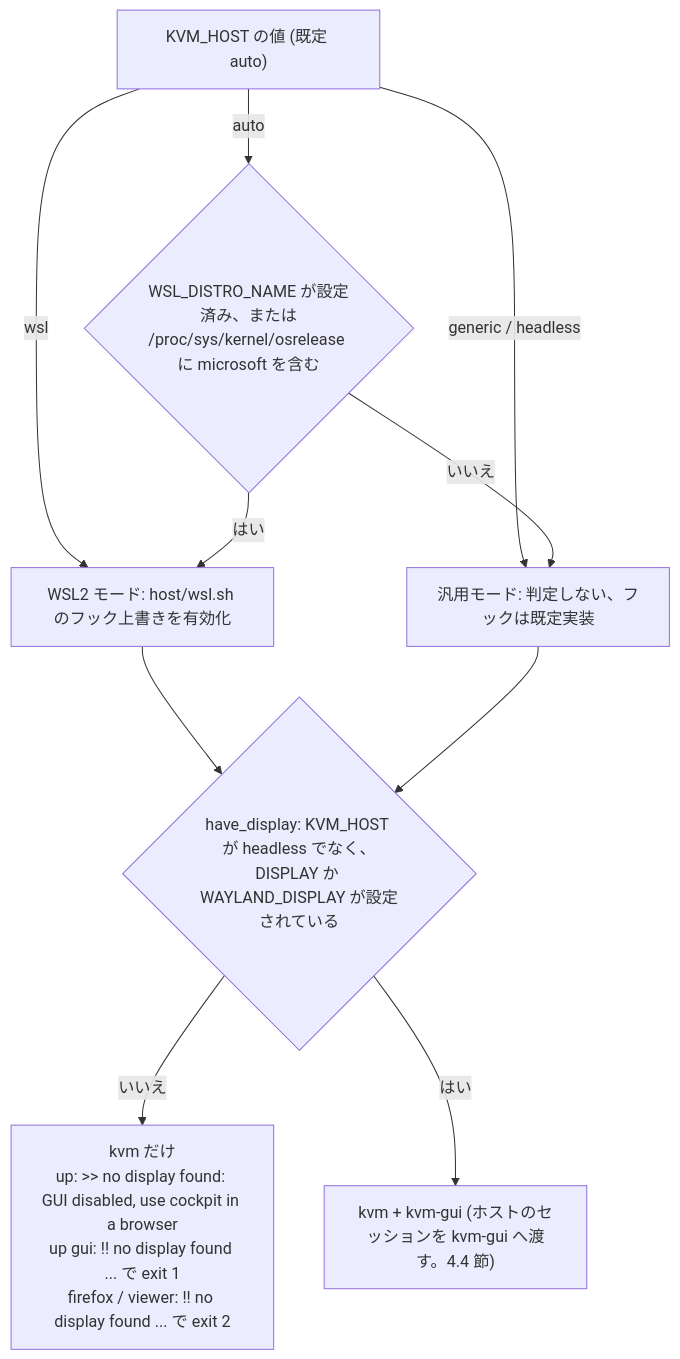
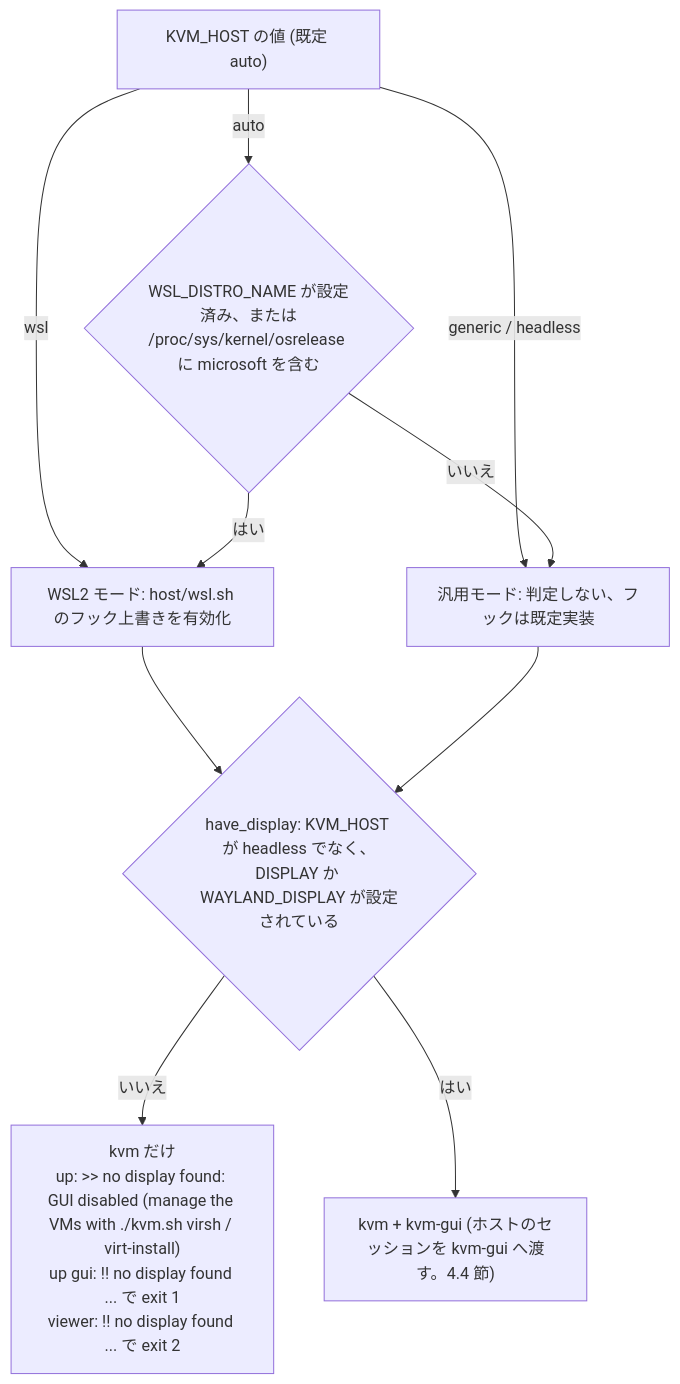
The second of 22 diagrams in docs/SPEC.md (ryo-aoki-pc/kvm-container), drawn with Mermaid before and after one commit. The commit also changed other lines of this file and 11 other files, not shown here.

````diff
--- a/docs/SPEC.md
+++ b/docs/SPEC.md
@@ -105,12 +103,12 @@
 ```mermaid
 flowchart TD
   start["KVM_HOST の値 (既定 auto)"] -->|"wsl"| W["WSL2 モード: host/wsl.sh のフック上書きを有効化"]
   start -->|"generic / headless"| G["汎用モード: 判定しない、フックは既定実装"]
   start -->|"auto"| chk{"WSL_DISTRO_NAME が設定済み、または<br/>/proc/sys/kernel/osrelease に microsoft を含む"}
   chk -->|"はい"| W
   chk -->|"いいえ"| G
   W --> hd{"have_display: KVM_HOST が headless でなく、<br/>DISPLAY か WAYLAND_DISPLAY が設定されている"}
   G --> hd
-  hd -->|"いいえ"| H["kvm だけ<br/>up: >> no display found: GUI disabled, use cockpit in a browser<br/>up gui: !! no display found ... で exit 1<br/>firefox / viewer: !! no display found ... で exit 2"]
+  hd -->|"いいえ"| H["kvm だけ<br/>up: >> no display found: GUI disabled (manage the VMs with ./kvm.sh virsh / virt-install)<br/>up gui: !! no display found ... で exit 1<br/>viewer: !! no display found ... で exit 2"]
   hd -->|"はい"| D["kvm + kvm-gui (ホストのセッションを kvm-gui へ渡す。4.4 節)"]
 ```
````
